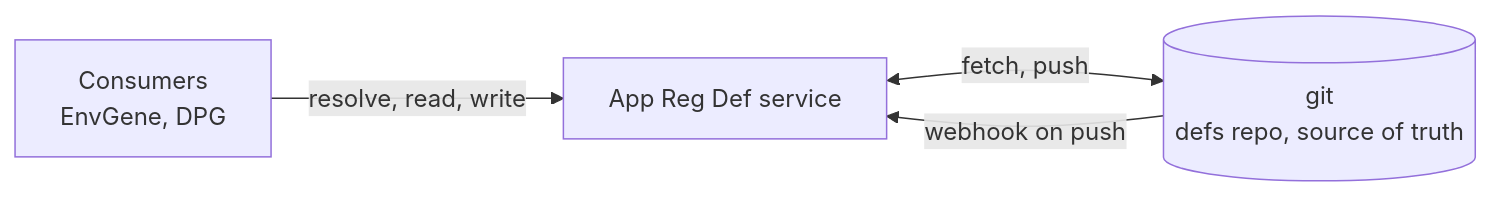
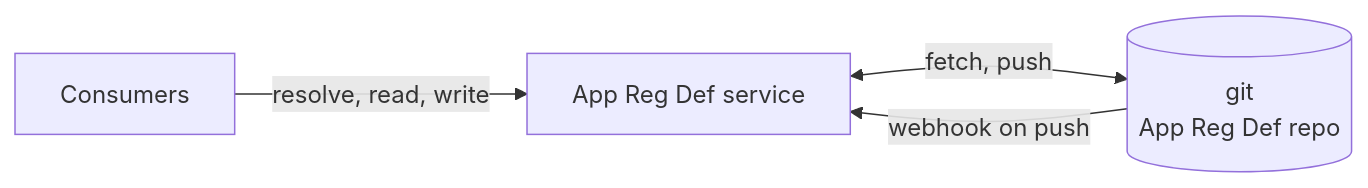
Before and after one commit to Netcracker/qubership-envgene: the first of 5 diagrams in docs/analysis/app-reg-def-service/design/architecture.md, drawn with Mermaid. The commit also changed other lines of this file and 1 other file, not shown here.

First line of the commit message:
docs: make the service version-agnostic, move v1-to-v2 to a migration CLI

````diff
--- a/docs/analysis/app-reg-def-service/design/architecture.md
+++ b/docs/analysis/app-reg-def-service/design/architecture.md
@@ -16,6 +16,6 @@
 ```mermaid
 flowchart LR
-  consumers["Consumers<br/>EnvGene, DPG"] -->|"resolve, read, write"| svc["App Reg Def service"]
-  svc <-->|"fetch, push"| git[("git<br/>defs repo, source of truth")]
+  consumers["Consumers"] -->|"resolve, read, write"| svc["App Reg Def service"]
+  svc <-->|"fetch, push"| git[("git<br/>App Reg Def repo")]
   git -->|"webhook on push"| svc
 ```
````
